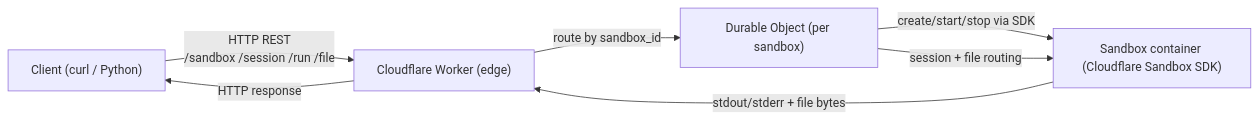
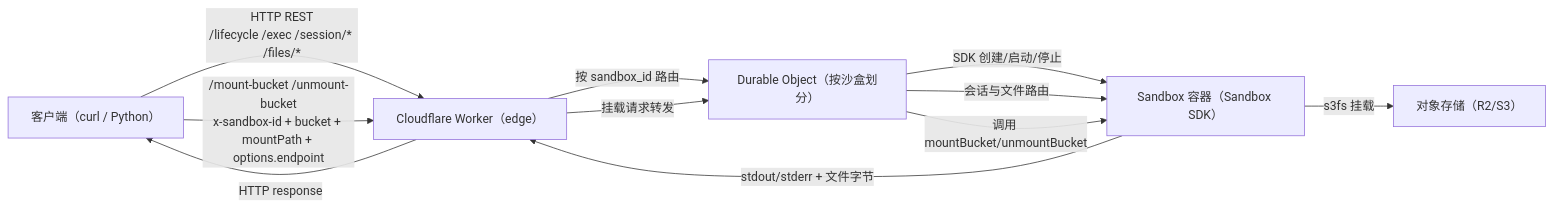
The first of 2 diagrams in README.md (mbt1909432/artifact_sandbox), drawn with Mermaid before and after one commit. The commit also changed other lines of this file and 19 other files, not shown here.

````diff
--- a/README.md
+++ b/README.md
@@ -23,14 +24,19 @@
 ```mermaid
 flowchart LR
-    Client["Client (curl / Python)"]
-    Worker["Cloudflare Worker (edge)"]
-    DO["Durable Object (per sandbox)"]
-    Sandbox["Sandbox container (Cloudflare Sandbox SDK)"]
+    Client["客户端（curl / Python）"]
+    Worker["Cloudflare Worker（edge）"]
+    DO["Durable Object（按沙盒划分）"]
+    Sandbox["Sandbox 容器（Sandbox SDK）"]
+    Bucket["对象存储（R2/S3）"]
 
-    Client -->|"HTTP REST\n/sandbox /session /run /file"| Worker
-    Worker -->|"route by sandbox_id"| DO
-    DO -->|"create/start/stop via SDK"| Sandbox
-    DO -->|"session + file routing"| Sandbox
-    Sandbox -->|"stdout/stderr + file bytes"| Worker
+    Client -->|"HTTP REST\n/lifecycle /exec /session/* /files/*"| Worker
+    Worker -->|"按 sandbox_id 路由"| DO
+    DO -->|"SDK 创建/启动/停止"| Sandbox
+    DO -->|"会话与文件路由"| Sandbox
+    Client -->|"/mount-bucket /unmount-bucket\nx-sandbox-id + bucket + mountPath + options.endpoint"| Worker
+    Worker -->|"挂载请求转发"| DO
+    DO -->|"调用 mountBucket/unmountBucket"| Sandbox
+    Sandbox -->|"s3fs 挂载"| Bucket
+    Sandbox -->|"stdout/stderr + 文件字节"| Worker
     Worker -->|"HTTP response"| Client
 ```
````
